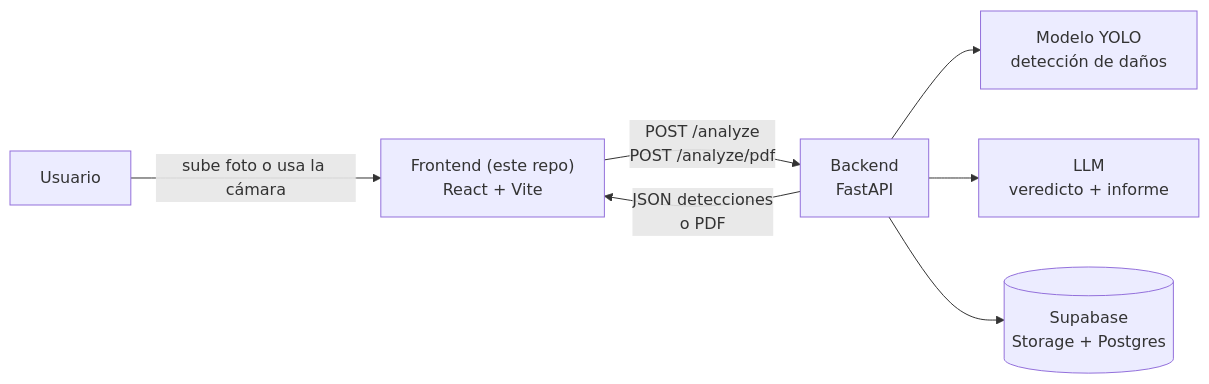
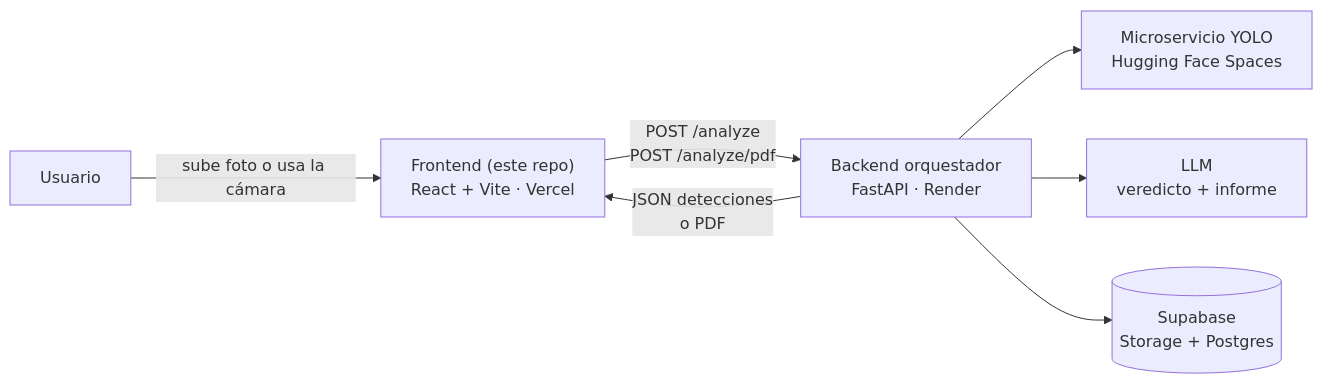
The diagram in README.md (Bootcamp-IA-P6/RoadGuardian-Frontend), drawn with Mermaid before and after one commit. The commit also changed other lines of this file, not shown here.

````diff
--- a/README.md
+++ b/README.md
@@ -38,9 +38,9 @@
 ```mermaid
 flowchart LR
-    U["Usuario"] -->|"sube foto o usa la cámara"| FE["Frontend (este repo)\nReact + Vite"]
-    FE -->|"POST /analyze\nPOST /analyze/pdf"| BE["Backend\nFastAPI"]
-    BE --> YOLO["Modelo YOLO\ndetección de daños"]
+    U["Usuario"] -->|"sube foto o usa la cámara"| FE["Frontend (este repo)\nReact + Vite · Vercel"]
+    FE -->|"POST /analyze\nPOST /analyze/pdf"| BE["Backend orquestador\nFastAPI · Render"]
+    BE --> YOLO["Microservicio YOLO\nHugging Face Spaces"]
     BE --> LLM["LLM\nveredicto + informe"]
     BE --> SB[("Supabase\nStorage + Postgres")]
     BE -->|"JSON detecciones\no PDF"| FE
 ```
````
